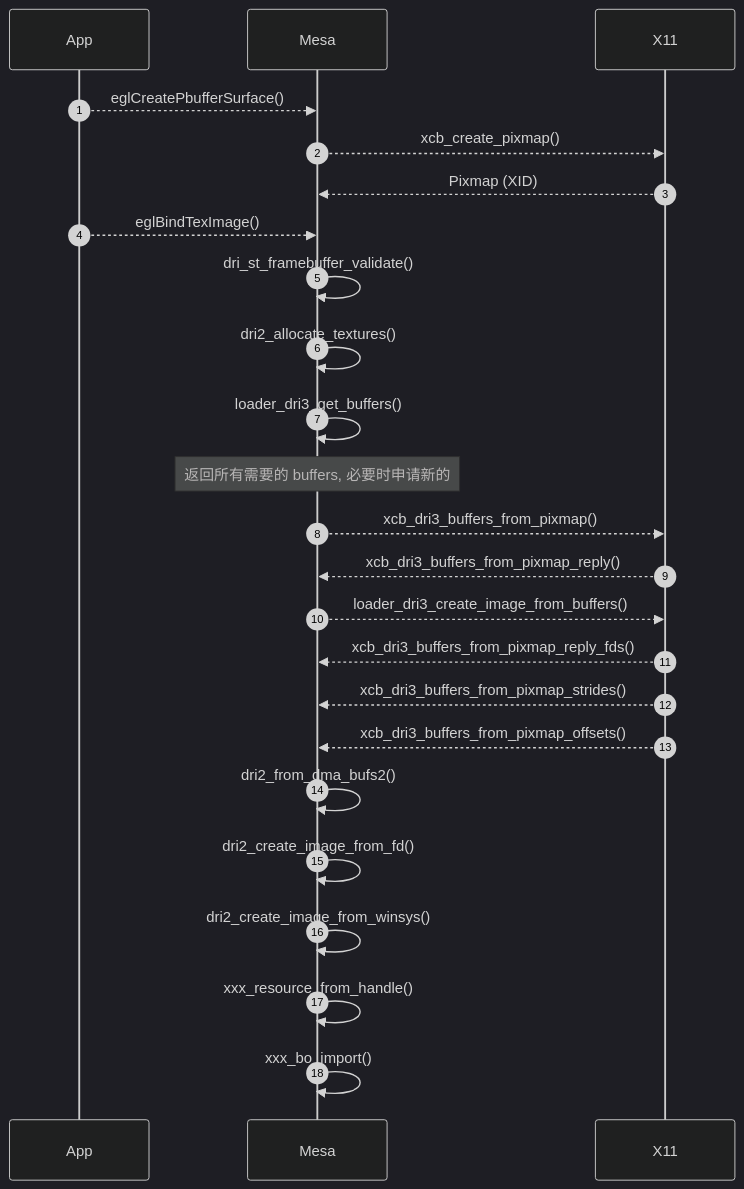
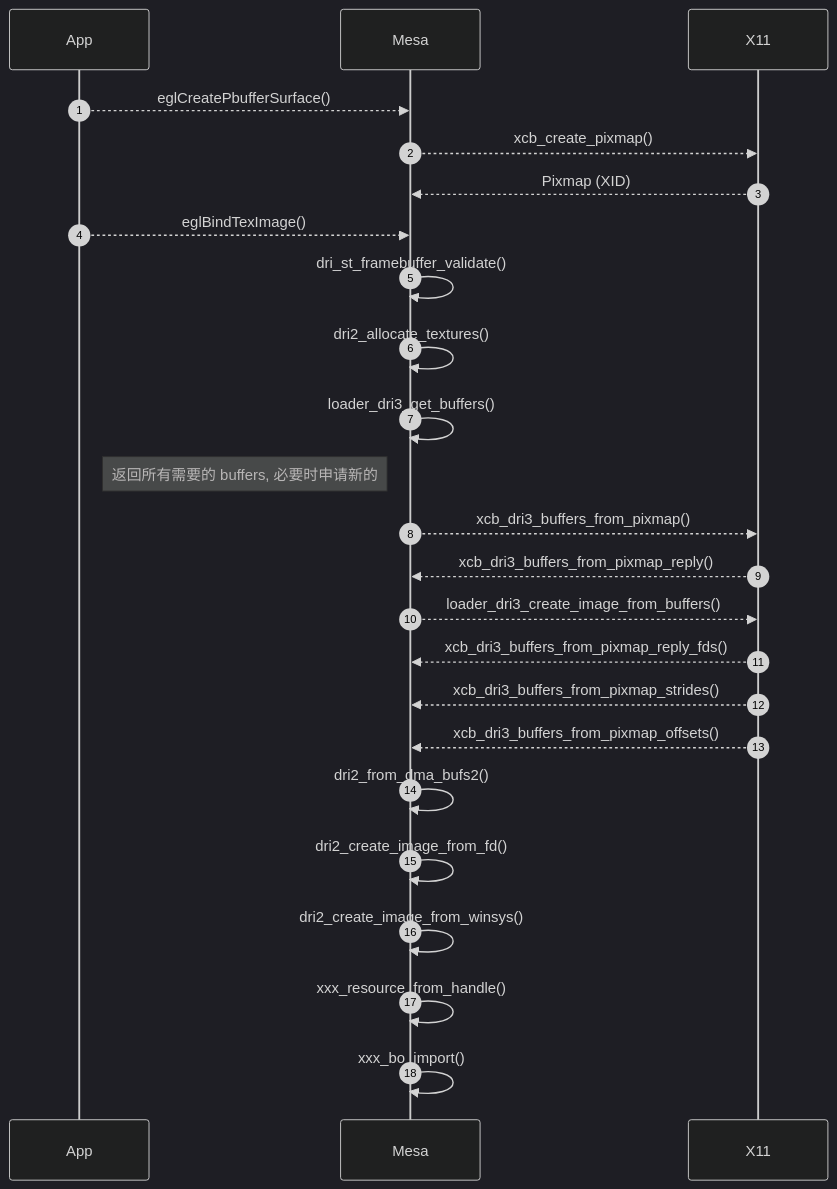
One commit to lucmann/lucmann.github.io changed the diagram in source/_posts/gfx/dri.md. Above: the diagram before and after it, drawn with Mermaid (dark theme).

Commit message:
gfx: dri3_alloc_render_buffer mermaid

````diff
--- a/source/_posts/gfx/dri.md
+++ b/source/_posts/gfx/dri.md
@@ -30,27 +30,27 @@
 ```mermaid
 sequenceDiagram
     autonumber
     participant App
     participant Mesa
     participant X11
 
     App-->>Mesa: eglCreatePbufferSurface()
     Mesa-->>X11: xcb_create_pixmap()
     X11-->>Mesa: Pixmap (XID)
     App-->>Mesa: eglBindTexImage()
     Mesa->>Mesa: dri_st_framebuffer_validate()
     Mesa->>Mesa: dri2_allocate_textures()
     Mesa->>Mesa: loader_dri3_get_buffers()
-    Note over Mesa,Mesa: 返回所有需要的 buffers, 必要时申请新的
+    Note left of Mesa: 返回所有需要的 buffers, 必要时申请新的
     Mesa-->>X11: xcb_dri3_buffers_from_pixmap()
     X11-->>Mesa: xcb_dri3_buffers_from_pixmap_reply()
     Mesa-->>X11: loader_dri3_create_image_from_buffers()
     X11-->>Mesa: xcb_dri3_buffers_from_pixmap_reply_fds()
     X11-->>Mesa: xcb_dri3_buffers_from_pixmap_strides()
     X11-->>Mesa: xcb_dri3_buffers_from_pixmap_offsets()
     Mesa->>Mesa: dri2_from_dma_bufs2()
     Mesa->>Mesa: dri2_create_image_from_fd()
     Mesa->>Mesa: dri2_create_image_from_winsys()
     Mesa->>Mesa: xxx_resource_from_handle()
     Mesa->>Mesa: xxx_bo_import()
 ```
````
